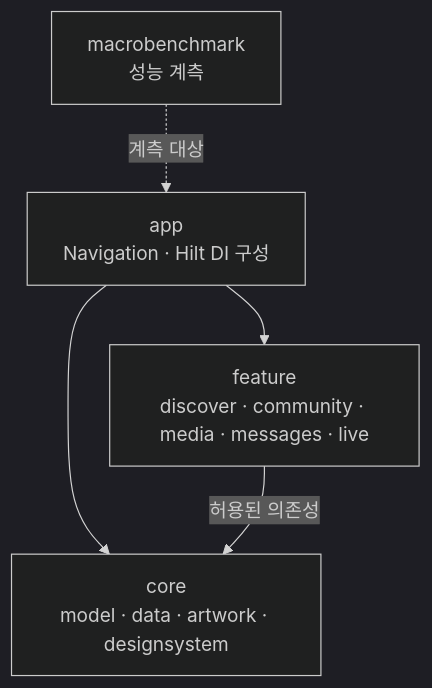
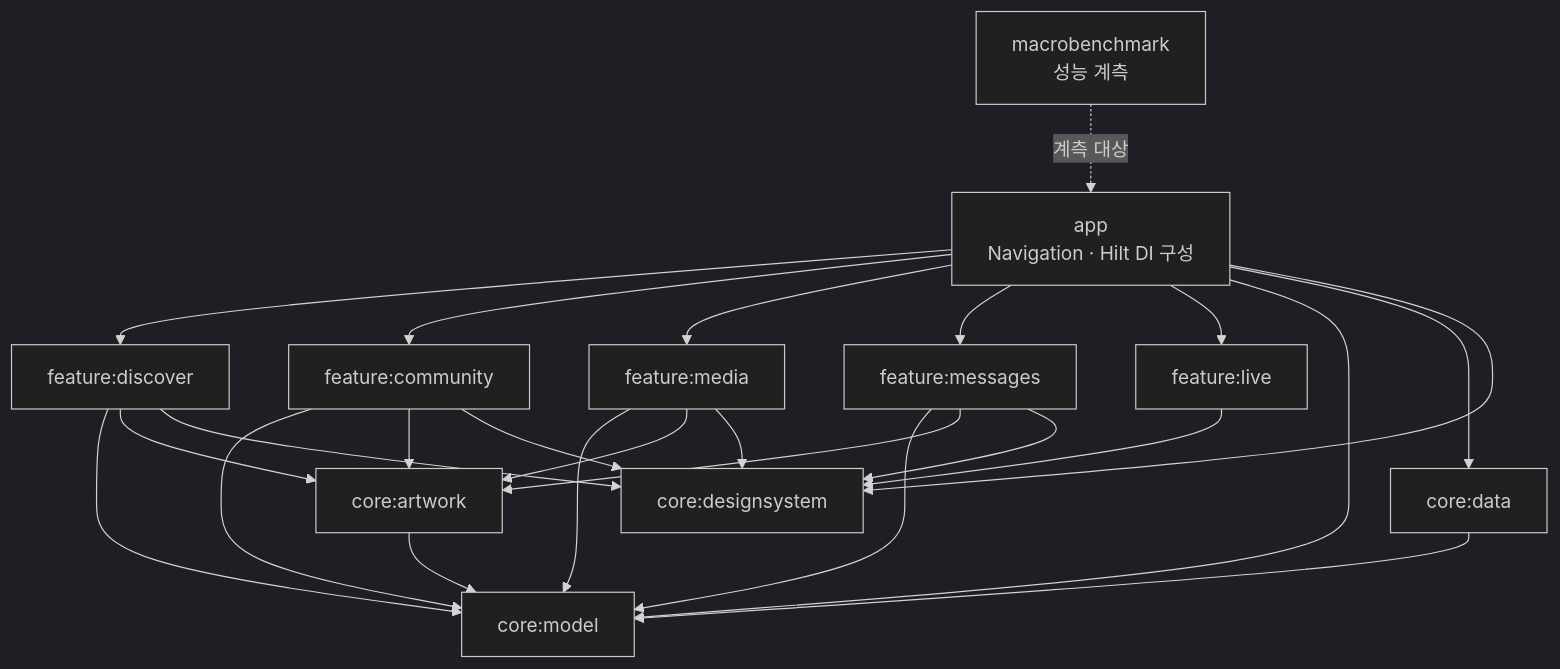
The diagram in README.md (CodingBot000/fanstage-android-ai-harness), drawn with Mermaid (dark theme) before and after one commit. The commit also changed other lines of this file and 1 other file, not shown here.

Commit message:
docs: feature-level module architecture diagram in README (#83)
* docs: show detailed module architecture on README

* docs: synchronize macrobenchmark module diagram and legend

````diff
--- a/README.md
+++ b/README.md
@@ -85,11 +85,18 @@
 ```mermaid
 flowchart TB
-    APP["app<br/>Navigation · Hilt DI 구성"]
-    FEATURE["feature<br/>discover · community · media · messages · live"]
-    CORE["core<br/>model · data · artwork · designsystem"]
-    BENCH["macrobenchmark<br/>성능 계측"]
-    APP --> FEATURE
-    APP --> CORE
-    FEATURE -->|"허용된 의존성"| CORE
-    BENCH -.->|"계측 대상"| APP
+  APP["app<br/>Navigation · Hilt DI 구성"] --> DISC["feature:discover"]
+  APP --> COMM["feature:community"]
+  APP --> MEDIA["feature:media"]
+  APP --> MSG["feature:messages"]
+  APP --> LIVE["feature:live"]
+  APP --> MODEL["core:model"]
+  APP --> DATA["core:data"]
+  APP --> DESIGN["core:designsystem"]
+  DISC & COMM & MEDIA & MSG --> MODEL
+  DISC & COMM & MEDIA & MSG --> ART["core:artwork"]
+  DISC & COMM & MEDIA & MSG --> DESIGN
+  LIVE --> DESIGN
+  DATA --> MODEL
+  ART --> MODEL
+  BENCH["macrobenchmark<br/>성능 계측"] -.->|"계측 대상"| APP
 ```
````
